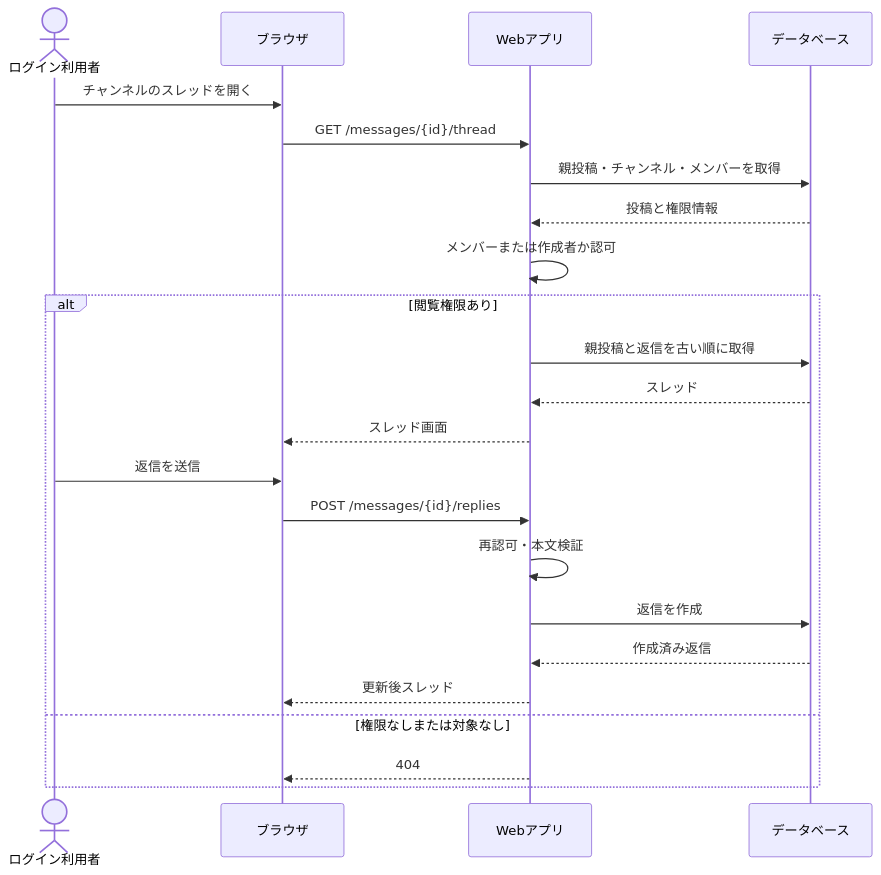
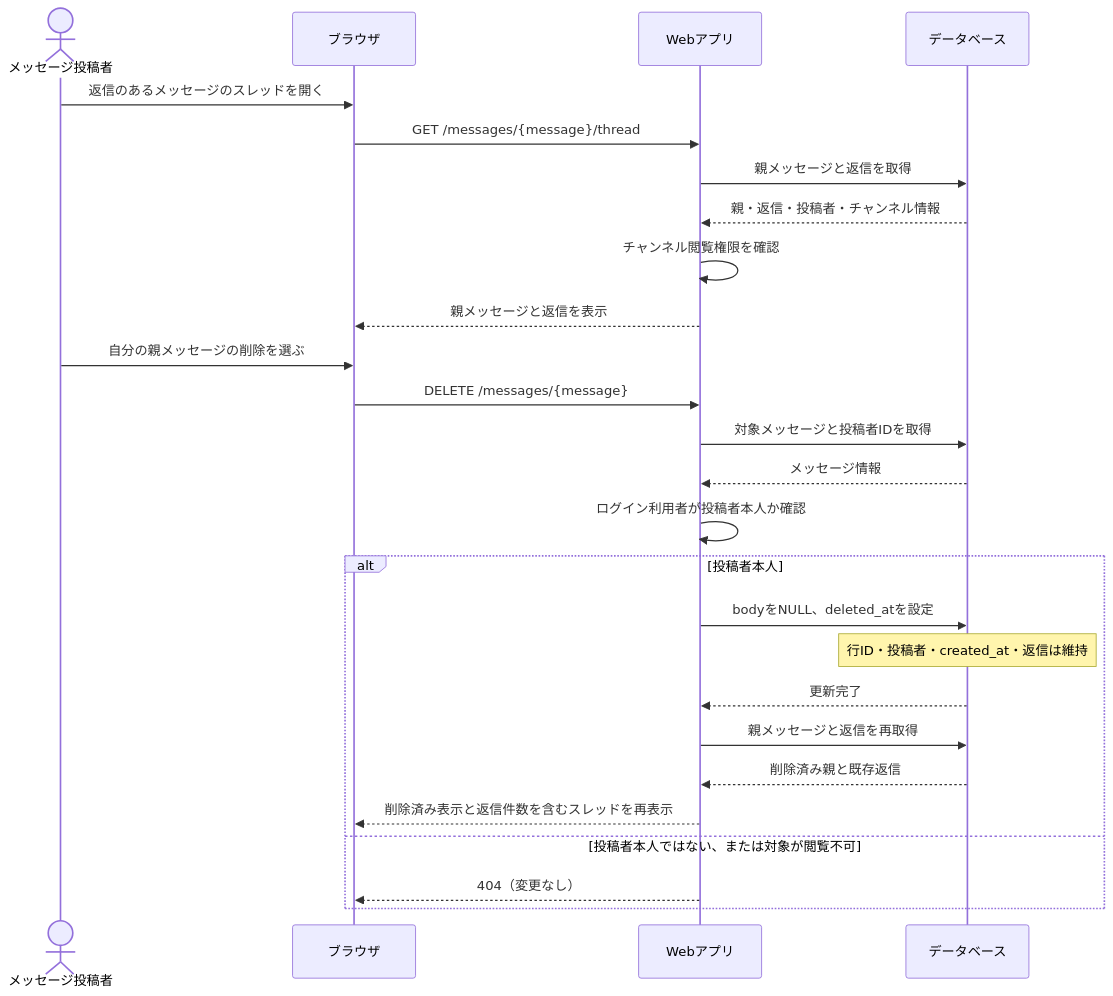
Before and after one commit to 339-kojima/teamchat-app: the second of 2 diagrams in docs/design/behavior.md, drawn with Mermaid. The commit also changed other lines of this file and 2 other files, not shown here.

Commit message:
Add authorization and behavior design

````diff
--- a/docs/design/behavior.md
+++ b/docs/design/behavior.md
@@ -17,25 +21,29 @@
 ```mermaid
 sequenceDiagram
-  actor U as ログイン利用者
+  actor A as メッセージ投稿者
   participant B as ブラウザ
   participant W as Webアプリ
   participant DB as データベース
-  U->>B: チャンネルのスレッドを開く
-  B->>W: GET /messages/{id}/thread
-  W->>DB: 親投稿・チャンネル・メンバーを取得
-  DB-->>W: 投稿と権限情報
-  W->>W: メンバーまたは作成者か認可
-  alt 閲覧権限あり
-    W->>DB: 親投稿と返信を古い順に取得
-    DB-->>W: スレッド
-    W-->>B: スレッド画面
-    U->>B: 返信を送信
-    B->>W: POST /messages/{id}/replies
-    W->>W: 再認可・本文検証
-    W->>DB: 返信を作成
-    DB-->>W: 作成済み返信
-    W-->>B: 更新後スレッド
-  else 権限なしまたは対象なし
-    W-->>B: 404
+
+  A->>B: 返信のあるメッセージのスレッドを開く
+  B->>W: GET /messages/{message}/thread
+  W->>DB: 親メッセージと返信を取得
+  DB-->>W: 親・返信・投稿者・チャンネル情報
+  W->>W: チャンネル閲覧権限を確認
+  W-->>B: 親メッセージと返信を表示
+  A->>B: 自分の親メッセージの削除を選ぶ
+  B->>W: DELETE /messages/{message}
+  W->>DB: 対象メッセージと投稿者IDを取得
+  DB-->>W: メッセージ情報
+  W->>W: ログイン利用者が投稿者本人か確認
+  alt 投稿者本人
+    W->>DB: bodyをNULL、deleted_atを設定
+    Note over DB: 行ID・投稿者・created_at・返信は維持
+    DB-->>W: 更新完了
+    W->>DB: 親メッセージと返信を再取得
+    DB-->>W: 削除済み親と既存返信
+    W-->>B: 削除済み表示と返信件数を含むスレッドを再表示
+  else 投稿者本人ではない、または対象が閲覧不可
+    W-->>B: 404（変更なし）
   end
 ```
````
